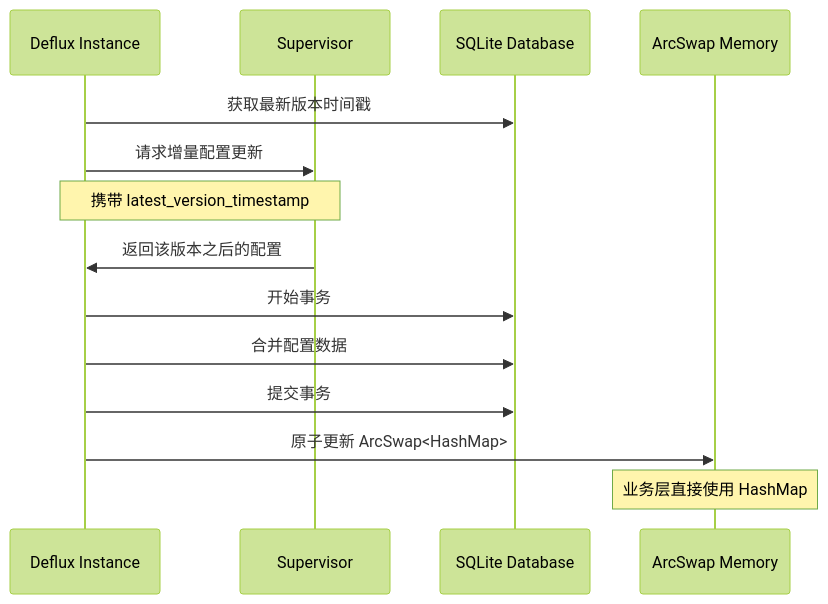
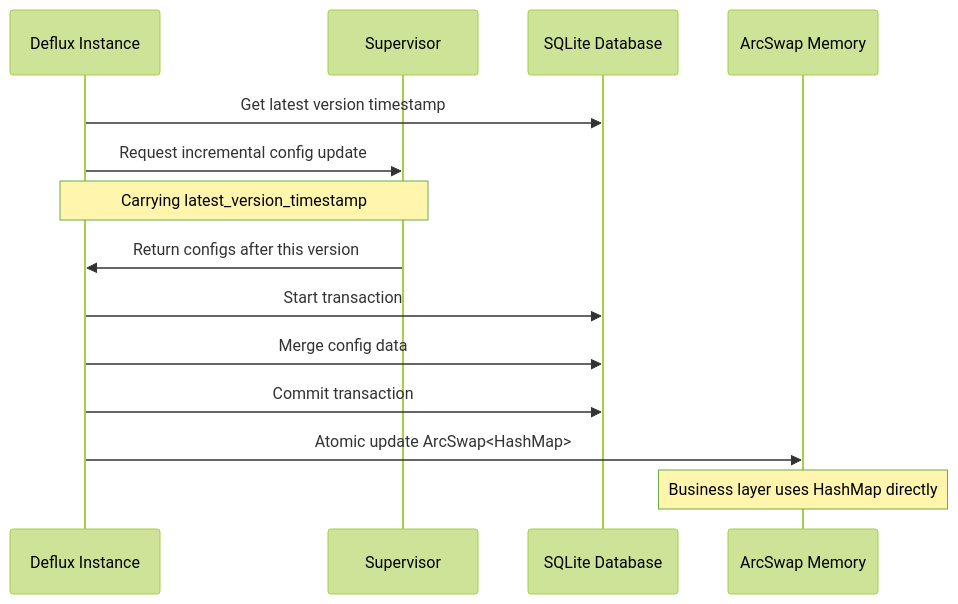
One commit to deislet/deislet changed the third of 3 diagrams in crates/deflux/README.md. Above: the diagram before and after it, drawn with Mermaid (forest theme). The commit also changed other lines of this file and 59 other files, not shown here.

````diff
--- a/crates/deflux/README.md
+++ b/crates/deflux/README.md
@@ -489,17 +489,17 @@
 ```mermaid
 sequenceDiagram
     participant D as Deflux Instance
     participant S as Supervisor
     participant DB as SQLite Database
     participant M as ArcSwap Memory
 
-    D->>DB: 获取最新版本时间戳
-    D->>S: 请求增量配置更新
-    Note over D,S: 携带 latest_version_timestamp
-    S->>D: 返回该版本之后的配置
-    D->>DB: 开始事务
-    D->>DB: 合并配置数据
-    D->>DB: 提交事务
-    D->>M: 原子更新 ArcSwap<HashMap>
-    Note over M: 业务层直接使用 HashMap
+    D->>DB: Get latest version timestamp
+    D->>S: Request incremental config update
+    Note over D,S: Carrying latest_version_timestamp
+    S->>D: Return configs after this version
+    D->>DB: Start transaction
+    D->>DB: Merge config data
+    D->>DB: Commit transaction
+    D->>M: Atomic update ArcSwap<HashMap>
+    Note over M: Business layer uses HashMap directly
 ```
````
